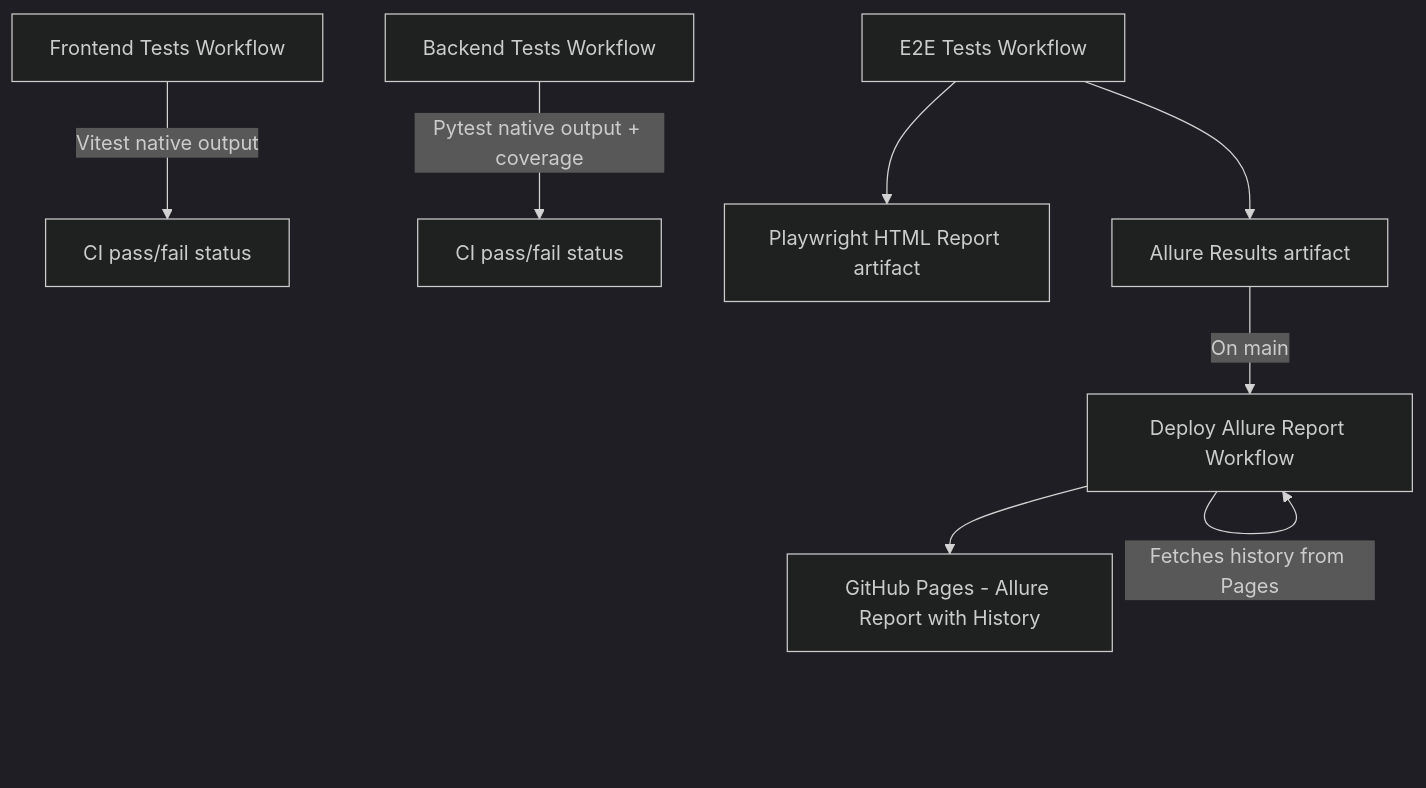
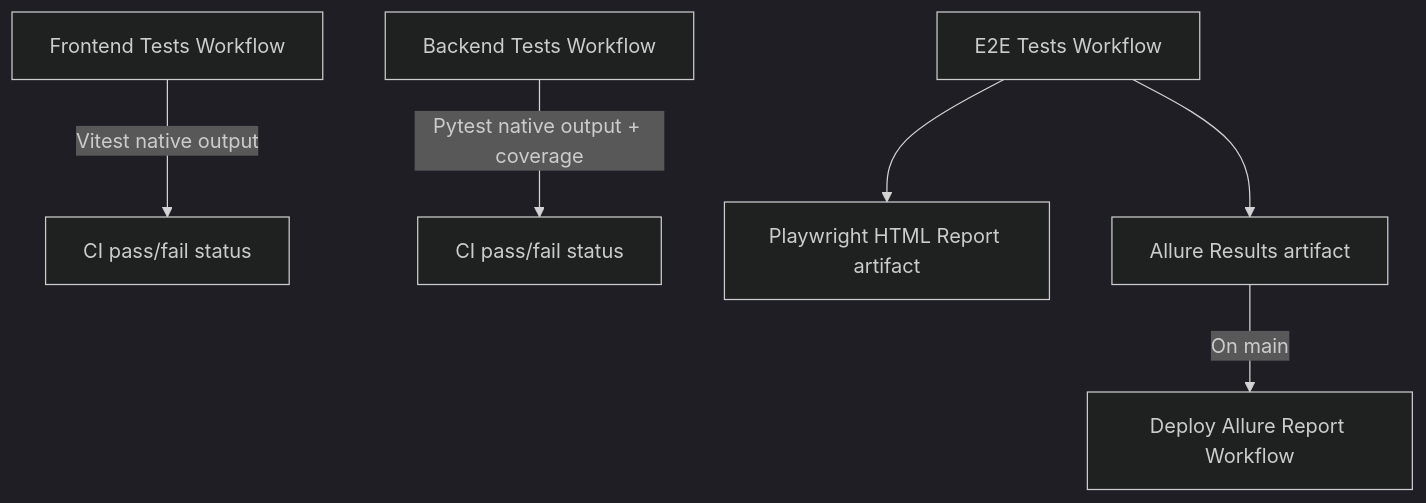
One commit to nora-berth/Pet-tracker changed the diagram in README.md. Above: the diagram before and after it, drawn with Mermaid (dark theme). The commit also changed other lines of this file, not shown here.

Commit message:
Correct report URL in README.md

````diff
--- a/README.md
+++ b/README.md
@@ -16,10 +16,8 @@
 ```mermaid
 graph TB
     A[Frontend Tests Workflow] -->|Vitest native output| A1[CI pass/fail status]
     B[Backend Tests Workflow] -->|Pytest native output + coverage| B1[CI pass/fail status]
     C[E2E Tests Workflow] --> C1[Playwright HTML Report artifact]
     C[E2E Tests Workflow] --> C2[Allure Results artifact]
     C2 -->|On main| D[Deploy Allure Report Workflow]
-    D -->|Fetches history from Pages| D
-    D --> E[GitHub Pages - Allure Report with History]
 ```
````
